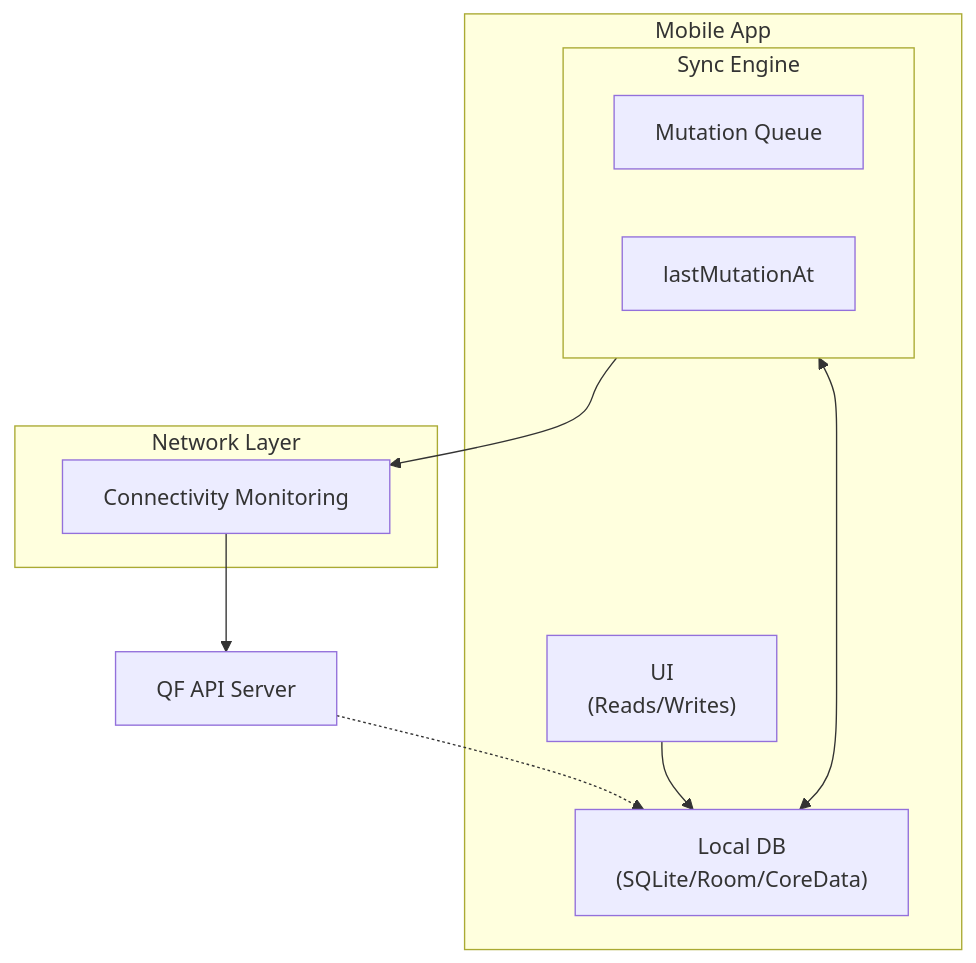
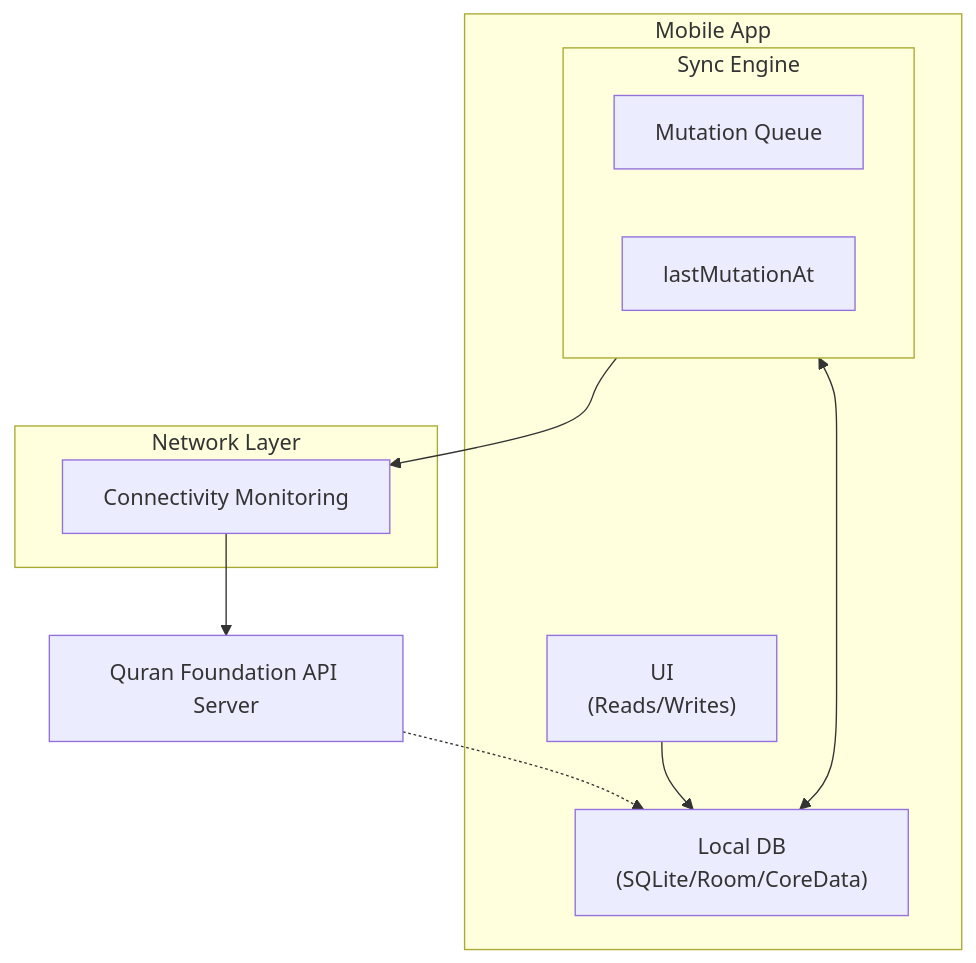
The diagram in docs/tutorials/sync/offline-first-patterns.mdx (quran/qf-api-docs), drawn with Mermaid before and after one commit. The commit also changed 519 other files, not shown here.

Commit message:
docs: allow offline recitation downloads and use the name Quran Foundation (#269)

````diff
--- a/docs/tutorials/sync/offline-first-patterns.mdx
+++ b/docs/tutorials/sync/offline-first-patterns.mdx
@@ -25,23 +25,23 @@
 ```mermaid
 flowchart TB
     subgraph App["Mobile App"]
         UI["UI<br/>(Reads/Writes)"]
         DB["Local DB<br/>(SQLite/Room/CoreData)"]
         subgraph Sync["Sync Engine"]
             Queue["Mutation Queue"]
             LMA["lastMutationAt"]
         end
     end
 
     subgraph Network["Network Layer"]
         Conn["Connectivity Monitoring"]
     end
 
-    Server["QF API Server"]
+    Server["Quran Foundation API Server"]
 
     UI --> DB
     DB <--> Sync
     Sync --> Conn
     Conn --> Server
     Server -.-> DB
 ```
````
